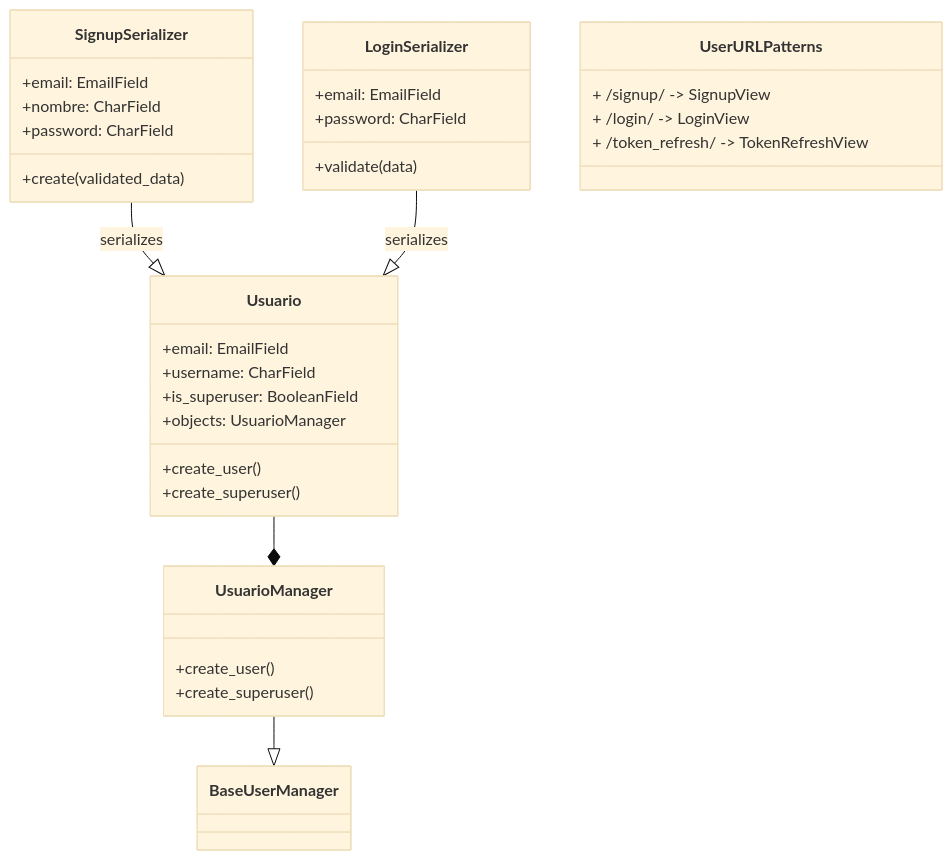
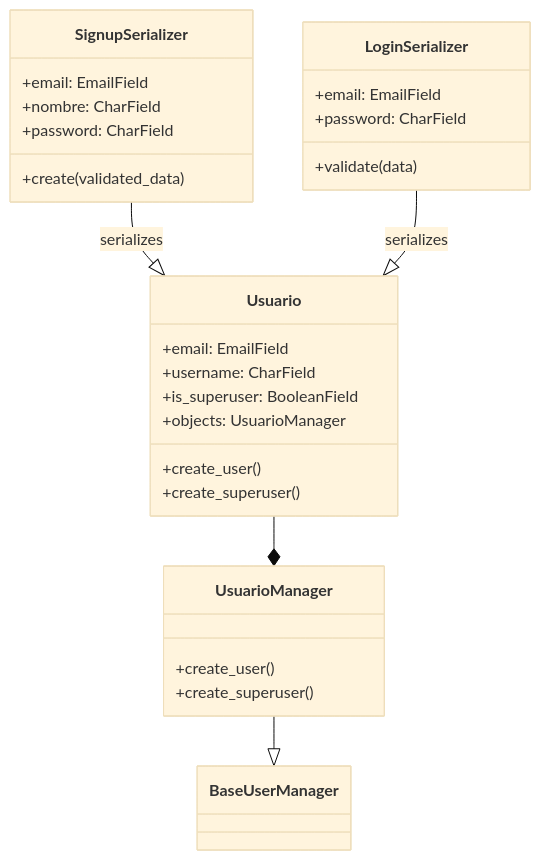
The diagram in graficos/Obsidian Vault/Backend/Diagrama Clases Microservicio Usuarios.md (ivanPeceto/Sistema-ERP-Como-en-Casa), drawn with Mermaid (base theme) before and after one commit. The commit also changed 26 other files, not shown here.

````diff
--- a/graficos/Obsidian Vault/Backend/Diagrama Clases Microservicio Usuarios.md
+++ b/graficos/Obsidian Vault/Backend/Diagrama Clases Microservicio Usuarios.md
@@ -1,45 +1,38 @@
 ```mermaid
 classDiagram
     direction TD
 
     subgraph Models
         UsuarioManager --|> BaseUserManager
         class Usuario {
             +email: EmailField
             +username: CharField
             +is_superuser: BooleanField
             +objects: UsuarioManager
             +create_user()
             +create_superuser()
         }
         class UsuarioManager{
             +create_user()
             +create_superuser()
         }
         Usuario --* UsuarioManager
     end
 
     subgraph Serializers
         class SignupSerializer {
 	        +email: EmailField
 	        +nombre: CharField
             +password: CharField
             +create(validated_data)
         }
         class LoginSerializer {
 	        +email: EmailField
 	        +password: CharField
 	        +validate(data)
         }
         SignupSerializer --|> Usuario : serializes
         LoginSerializer --|> Usuario : serializes
     end
 
-    subgraph URLs
-        class UserURLPatterns {
-            + /signup/ -> SignupView
-            + /login/ -> LoginView
-            + /token_refresh/ -> TokenRefreshView
-        }
-    end
 ```
````
